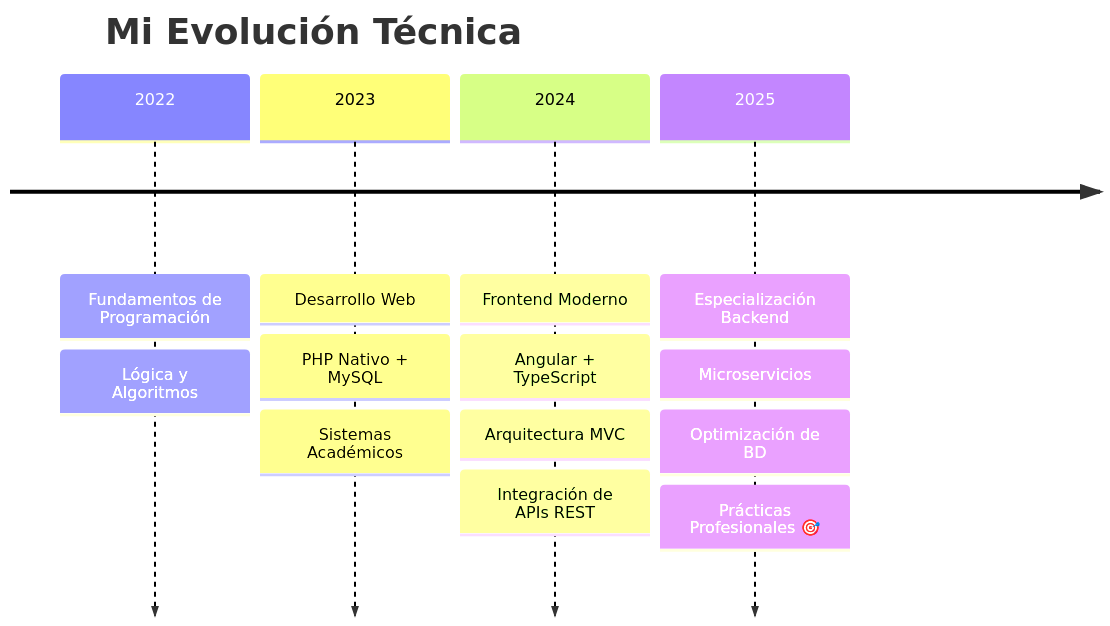
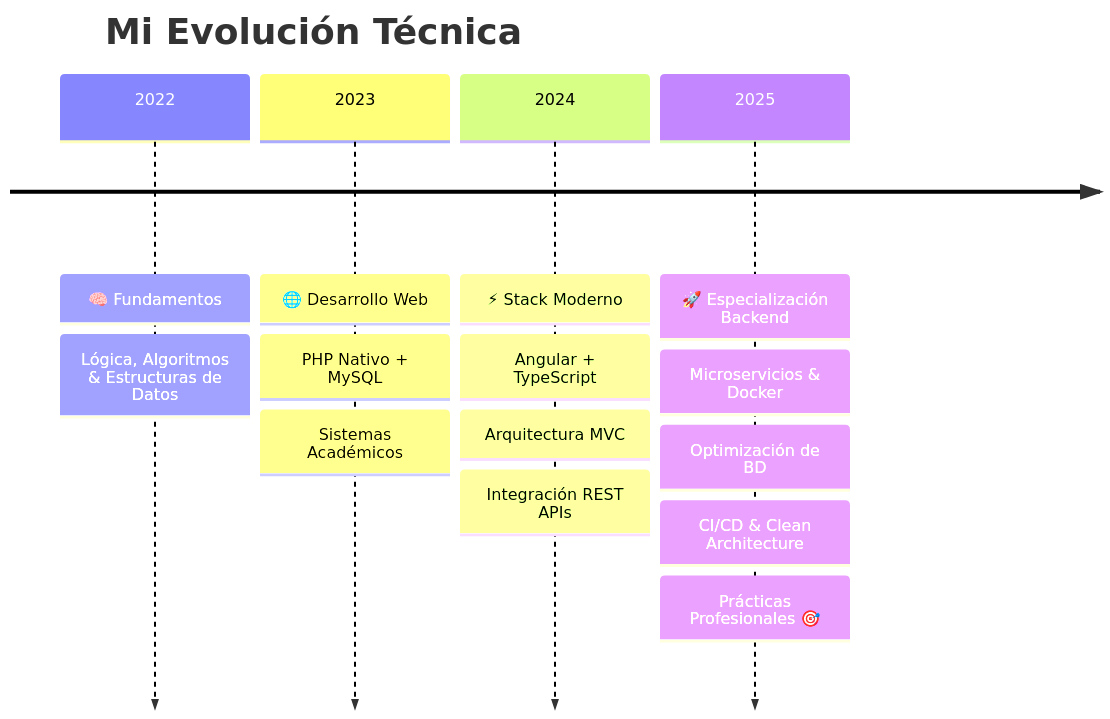
One commit to Brightsided/Brightsided changed the diagram in README.md. Above: the diagram before and after it, drawn with Mermaid. The commit also changed other lines of this file, not shown here.

````diff
--- a/README.md
+++ b/README.md
@@ -111,17 +133,18 @@
 ```mermaid
 timeline
     title Mi Evolución Técnica
-    2022 : Fundamentos de Programación
-         : Lógica y Algoritmos
-    2023 : Desarrollo Web
+    2022 : 🧠 Fundamentos
+         : Lógica, Algoritmos & Estructuras de Datos
+    2023 : 🌐 Desarrollo Web
          : PHP Nativo + MySQL
          : Sistemas Académicos
-    2024 : Frontend Moderno
+    2024 : ⚡ Stack Moderno
          : Angular + TypeScript
          : Arquitectura MVC
-         : Integración de APIs REST
-    2025 : Especialización Backend
-         : Microservicios
+         : Integración REST APIs
+    2025 : 🚀 Especialización Backend
+         : Microservicios & Docker
          : Optimización de BD
+         : CI/CD & Clean Architecture
          : Prácticas Profesionales 🎯
 ```
````
